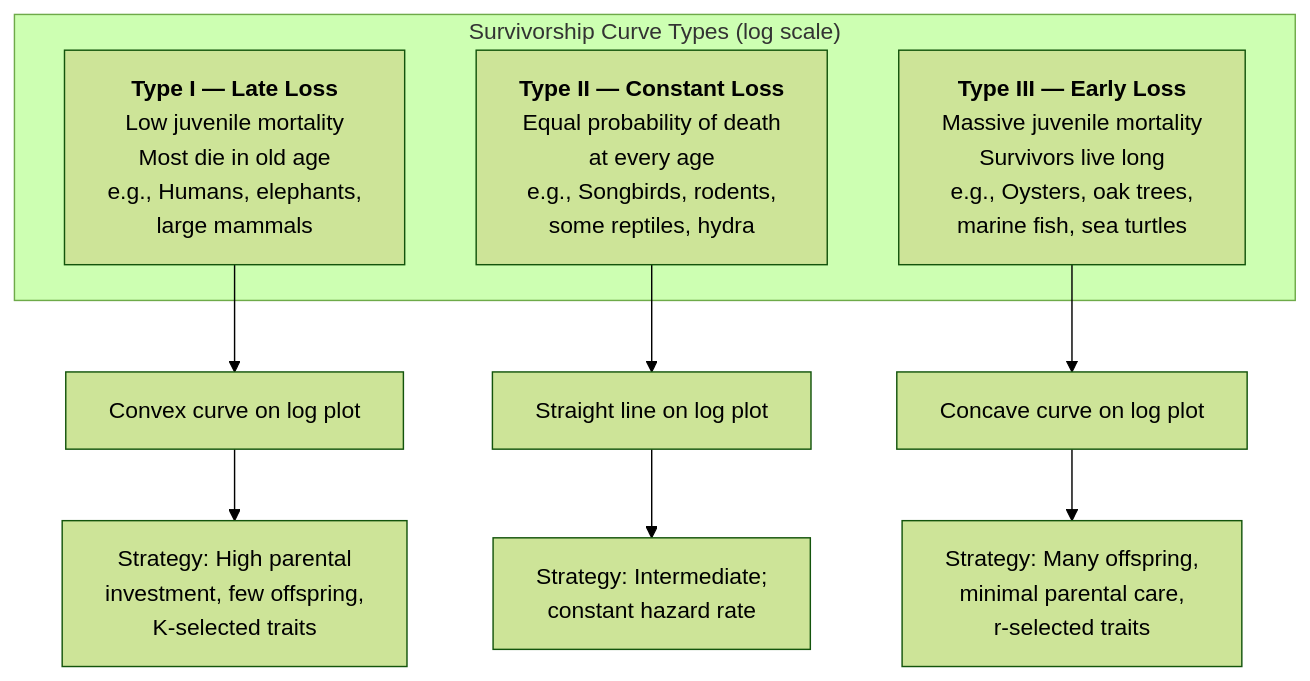
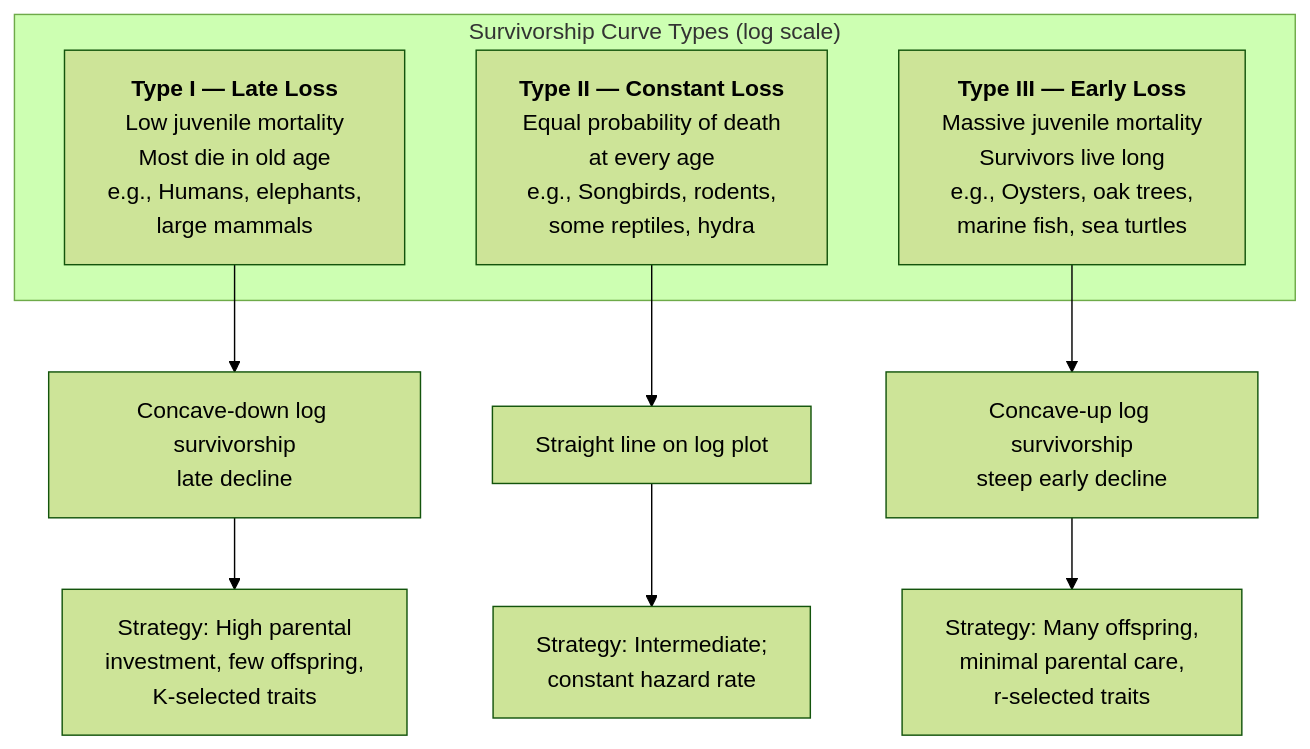
The first of 4 diagrams in docs/manuscript/unit_X/population_ecology.md (docxology/biology_textbook), drawn with Mermaid (forest theme) before and after one commit. The commit also changed other lines of this file and 444 other files, not shown here.

````diff
--- a/docs/manuscript/unit_X/population_ecology.md
+++ b/docs/manuscript/unit_X/population_ecology.md
@@ -147,14 +147,14 @@
 ```mermaid
 graph TD
     subgraph "Survivorship Curve Types (log scale)"
         A["<b>Type I — Late Loss</b><br/>Low juvenile mortality<br/>Most die in old age<br/>e.g., Humans, elephants,<br/>large mammals"]
         B["<b>Type II — Constant Loss</b><br/>Equal probability of death<br/>at every age<br/>e.g., Songbirds, rodents,<br/>some reptiles, hydra"]
         C["<b>Type III — Early Loss</b><br/>Massive juvenile mortality<br/>Survivors live long<br/>e.g., Oysters, oak trees,<br/>marine fish, sea turtles"]
     end
-    A --> D["Convex curve on log plot"]
+    A --> D["Concave-down log survivorship<br/>late decline"]
     B --> E["Straight line on log plot"]
-    C --> F["Concave curve on log plot"]
+    C --> F["Concave-up log survivorship<br/>steep early decline"]
     D --> G["Strategy: High parental<br/>investment, few offspring,<br/>K-selected traits"]
     E --> H["Strategy: Intermediate;<br/>constant hazard rate"]
     F --> I["Strategy: Many offspring,<br/>minimal parental care,<br/>r-selected traits"]
 ```
````
